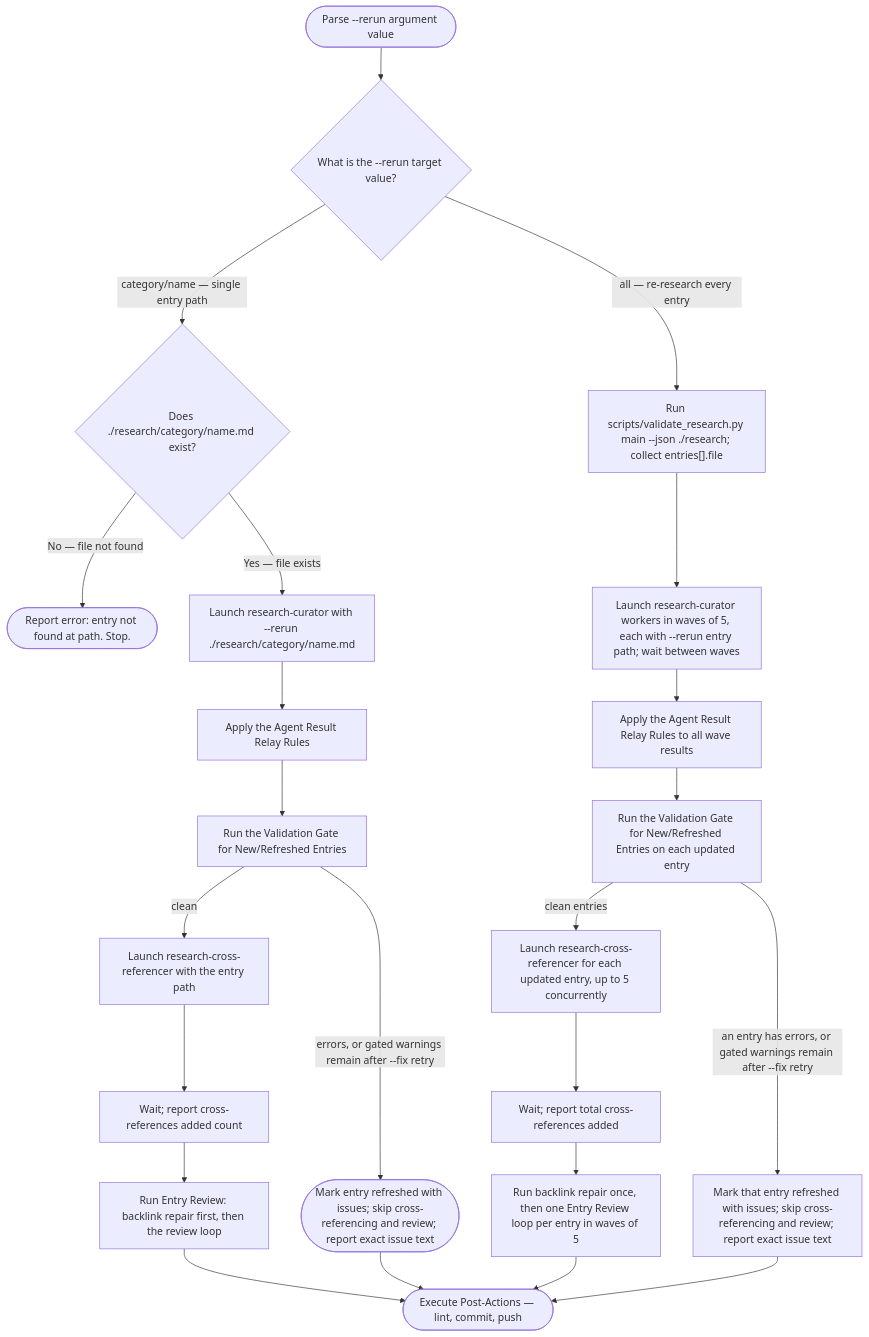
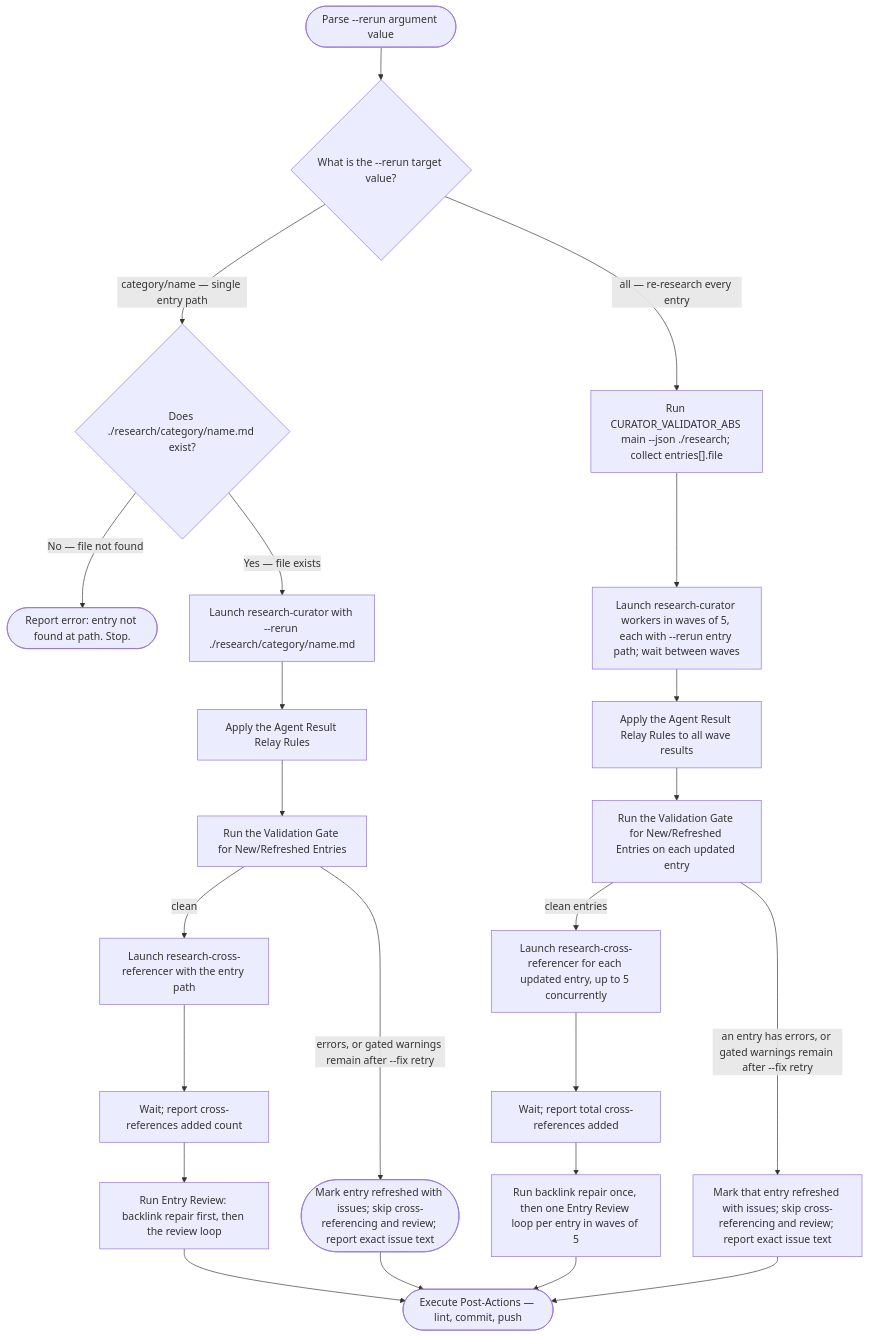
One commit to Jamie-BitFlight/claude_skills changed the second of 4 diagrams in .claude/skills/research-curator/SKILL.md. Above: the diagram before and after it, drawn with Mermaid. The commit also changed other lines of this file and 4 other files, not shown here.

````diff
--- a/.claude/skills/research-curator/SKILL.md
+++ b/.claude/skills/research-curator/SKILL.md
@@ -160,25 +181,25 @@
 ```mermaid
 flowchart TD
     Start(["Parse --rerun argument value"]) --> Q{"What is the --rerun target value?"}
     Q -->|"category/name — single entry path"| VerifyFile{"Does ./research/category/name.md exist?"}
-    Q -->|"all — re-research every entry"| FindAll["Run scripts/validate_research.py main --json ./research; collect entries[].file"]
+    Q -->|"all — re-research every entry"| FindAll["Run CURATOR_VALIDATOR_ABS main --json ./research; collect entries[].file"]
     VerifyFile -->|"No — file not found"| Missing(["Report error: entry not found at path. Stop."])
     VerifyFile -->|"Yes — file exists"| Spawn1["Launch research-curator with --rerun ./research/category/name.md"]
     Spawn1 --> RelayCheck1["Apply the Agent Result Relay Rules"]
     RelayCheck1 --> Validate1["Run the Validation Gate for New/Refreshed Entries"]
     Validate1 -->|"errors, or gated warnings remain after --fix retry"| Issues1(["Mark entry refreshed with issues; skip cross-referencing and review; report exact issue text"])
     Validate1 -->|"clean"| SpawnXref1["Launch research-cross-referencer with the entry path"]
     FindAll --> WaveSpawn["Launch research-curator workers in waves of 5, each with --rerun entry path; wait between waves"]
     WaveSpawn --> RelayCheck2["Apply the Agent Result Relay Rules to all wave results"]
     RelayCheck2 --> ValidateN["Run the Validation Gate for New/Refreshed Entries on each updated entry"]
     ValidateN -->|"an entry has errors, or gated warnings remain after --fix retry"| IssuesN["Mark that entry refreshed with issues; skip cross-referencing and review; report exact issue text"]
     ValidateN -->|"clean entries"| SpawnXrefN["Launch research-cross-referencer for each updated entry, up to 5 concurrently"]
     SpawnXref1 --> WaitXref1["Wait; report cross-references added count"]
     WaitXref1 --> Review1["Run Entry Review: backlink repair first, then the review loop"]
     Review1 --> PostActions(["Execute Post-Actions — lint, commit, push"])
     Issues1 --> PostActions
     SpawnXrefN --> WaitXrefN["Wait; report total cross-references added"]
     WaitXrefN --> ReviewN["Run backlink repair once, then one Entry Review loop per entry in waves of 5"]
     ReviewN --> PostActions
     IssuesN --> PostActions
 ```
````
